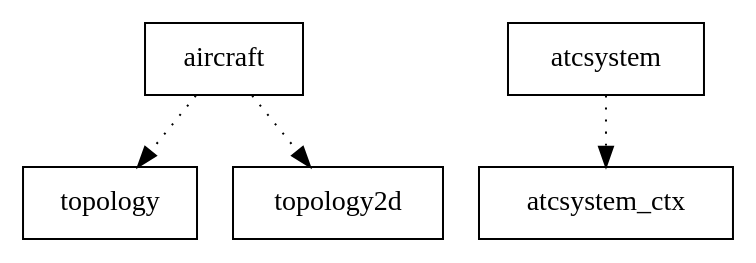
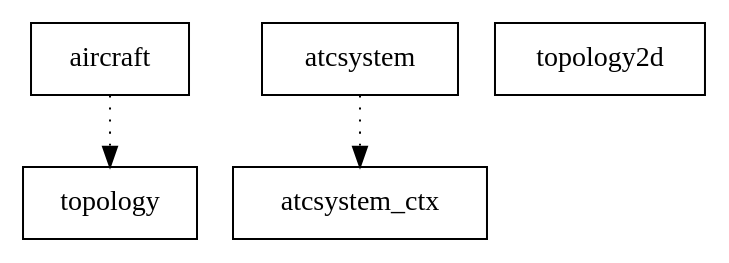
One commit to RafaelBNN/atcsystem changed the diagram in bdp/atcsystem.dot. Above: the diagram before and after it, drawn with Graphviz. The commit also changed 39 other files, not shown here.

```diff
--- a/bdp/atcsystem.dot
+++ b/bdp/atcsystem.dot
@@ -1,11 +1,10 @@
 digraph {
 aircraft [ label=" aircraft " shape= box ]
 atcsystem [ label=" atcsystem " shape= box ]
 atcsystem_ctx [ label=" atcsystem_ctx " shape= box ]
 topology [ label=" topology " shape= box ]
 topology2d [ label=" topology2d " shape= box ]
 
 "aircraft" -> "topology" [style= dotted ]
-"aircraft" -> "topology2d" [style= dotted ]
 "atcsystem" -> "atcsystem_ctx" [style= dotted ]
 }
```
